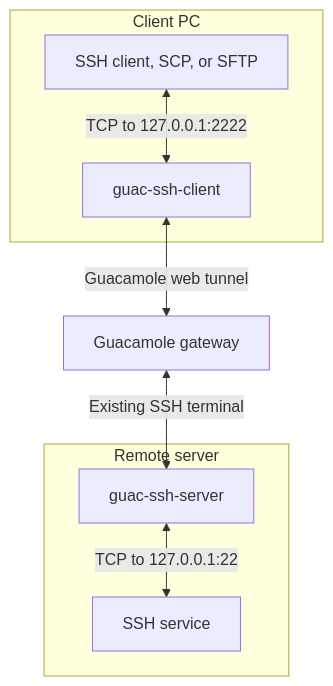
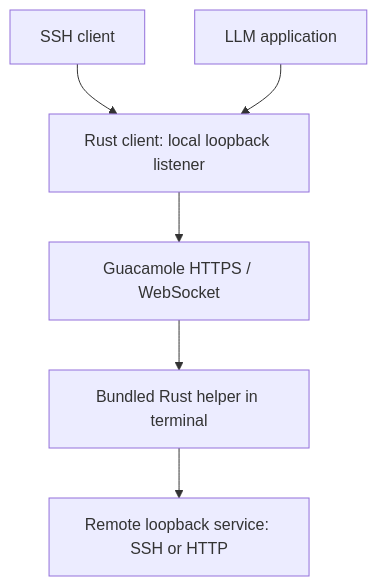
The first of 2 diagrams in docs/connections.md (himbeles/guac-bridge), drawn with Mermaid before and after one commit. The commit also changed other lines of this file and 87 other files, not shown here.

Commit message:
Build standalone Rust bridge with bundled Linux helper, native credentials and Windows installer

````diff
--- a/docs/connections.md
+++ b/docs/connections.md
@@ -57,11 +3,8 @@
 ```mermaid
-flowchart TB
-    subgraph PC["Client PC"]
-        A["SSH client, SCP, or SFTP"] <-->|"TCP to 127.0.0.1:2222"| B["guac-ssh-client"]
-    end
-    B <-->|"Guacamole web tunnel"| G["Guacamole gateway"]
-    G <-->|"Existing SSH terminal"| C
-    subgraph Server["Remote server"]
-        C["guac-ssh-server"] <-->|"TCP to 127.0.0.1:22"| D["SSH service"]
-    end
+flowchart TD
+    SSH["SSH client"] --> Local["Rust client: local loopback listener"]
+    HTTP["LLM application"] --> Local
+    Local --> Guac["Guacamole HTTPS / WebSocket"]
+    Guac --> Agent["Bundled Rust helper in terminal"]
+    Agent --> Service["Remote loopback service: SSH or HTTP"]
 ```
````
